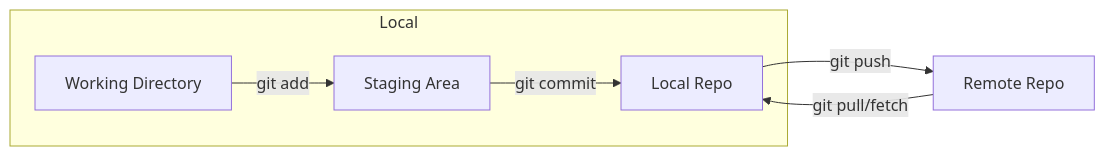
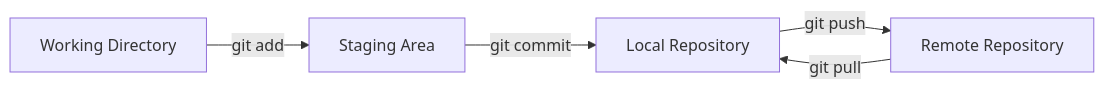
The diagram in class_05/resume_01.md (4GeeksAcademy/dsmora-aie-pt-02), drawn with Mermaid before and after one commit. The commit also changed other lines of this file and 10 other files, not shown here.

````diff
--- a/class_05/resume_01.md
+++ b/class_05/resume_01.md
@@ -9,9 +34,7 @@
 ```mermaid
 graph LR
-    subgraph Local
-        WD[Working Directory] -- "git add" --> SA[Staging Area]
-        SA -- "git commit" --> Repo[Local Repo]
-    end
-    Repo -- "git push" --> Remote[Remote Repo]
-    Remote -- "git pull/fetch" --> Repo
+    WD[Working Directory] -->|git add| ST[Staging Area]
+    ST -->|git commit| LR[Local Repository]
+    LR -->|git push| RR[Remote Repository]
+    RR -->|git pull| LR
 ```
````
